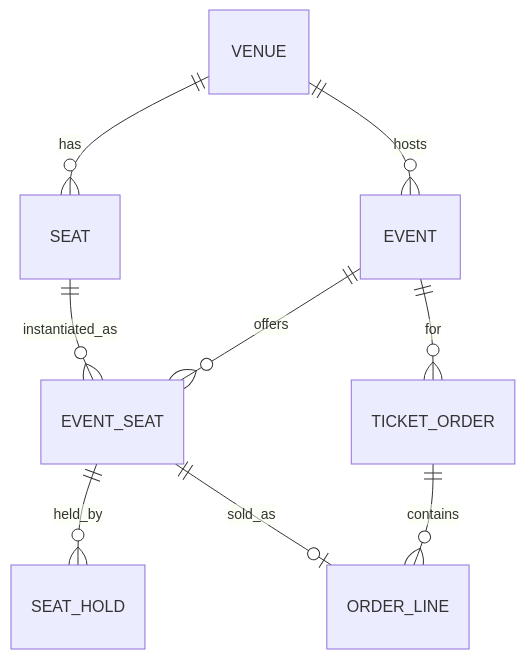
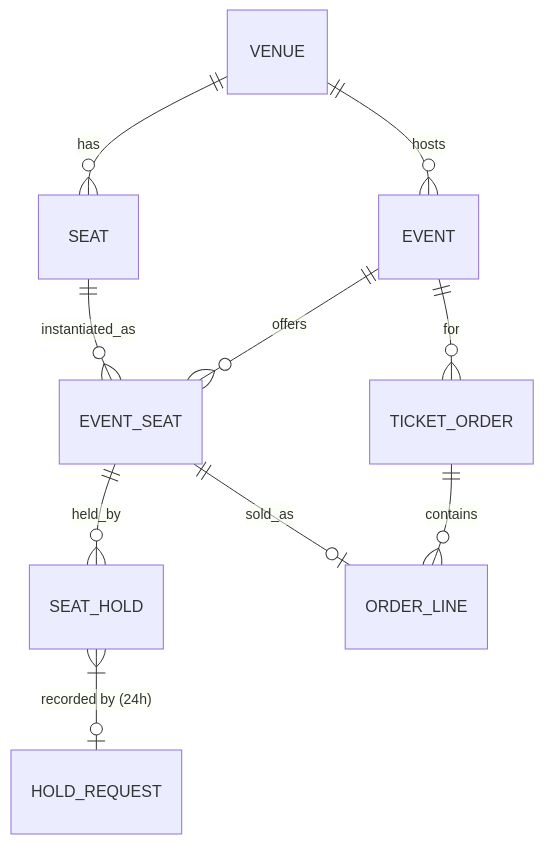
The second of 2 diagrams in docs/superpowers/specs/2026-09-17-frontrow-design.md (markusluisflores/frontrow), drawn with Mermaid before and after one commit. The commit also changed other lines of this file and 2 other files, not shown here.

````diff
--- a/docs/superpowers/specs/2026-09-17-frontrow-design.md
+++ b/docs/superpowers/specs/2026-09-17-frontrow-design.md
@@ -126,11 +175,12 @@
 ```mermaid
 erDiagram
     VENUE ||--o{ SEAT : has
     VENUE ||--o{ EVENT : hosts
     EVENT ||--o{ EVENT_SEAT : offers
     SEAT ||--o{ EVENT_SEAT : instantiated_as
     EVENT_SEAT ||--o{ SEAT_HOLD : held_by
     EVENT_SEAT ||--o| ORDER_LINE : sold_as
     TICKET_ORDER ||--o{ ORDER_LINE : contains
     EVENT ||--o{ TICKET_ORDER : for
+    SEAT_HOLD }|--o| HOLD_REQUEST : "recorded by (24h)"
 ```
````
